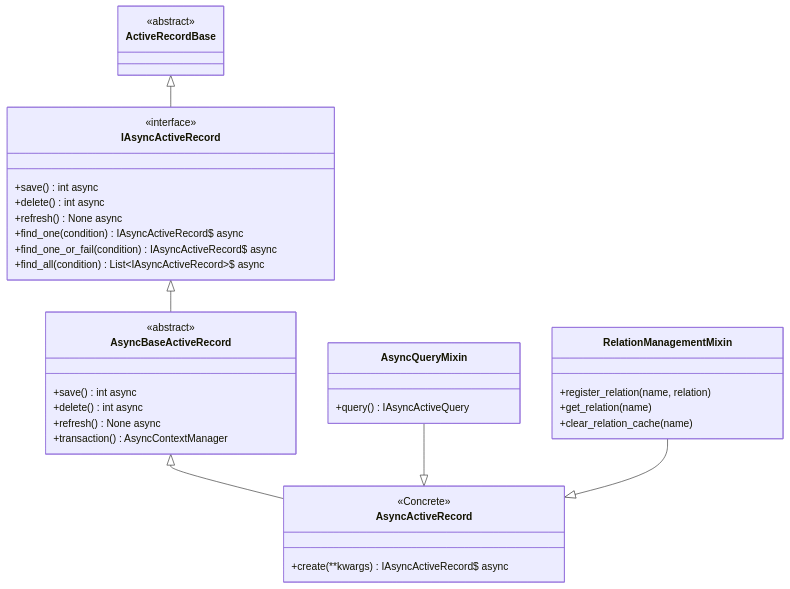
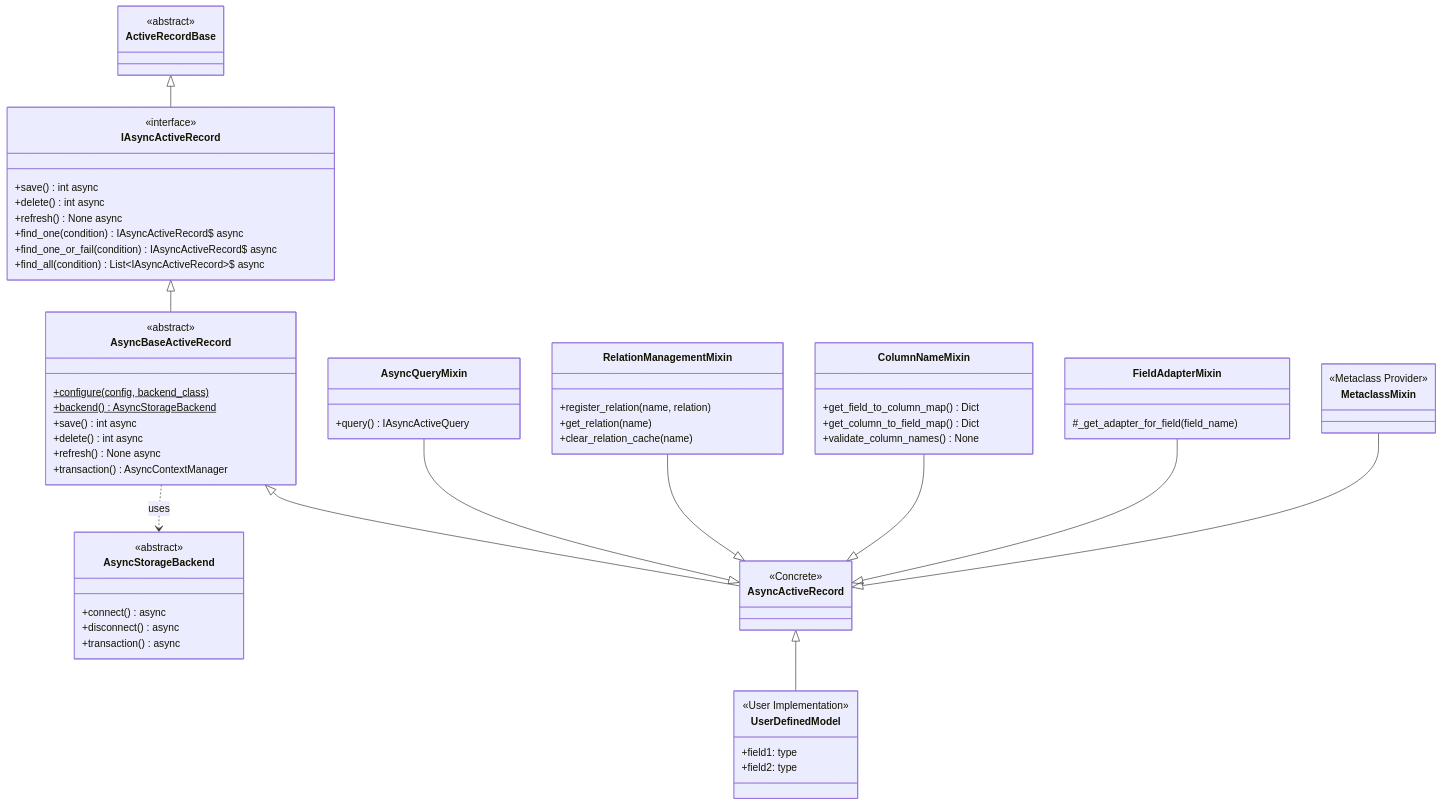
One commit to rhosocial/python-activerecord changed the third of 6 diagrams in docs/en_US/introduction/architecture.md. Above: the diagram before and after it, drawn with Mermaid. The commit also changed other lines of this file and 295 other files, not shown here.

First line of the commit message:
docs: refine architecture documentation and reorganize structure

````diff
--- a/docs/en_US/introduction/architecture.md
+++ b/docs/en_US/introduction/architecture.md
@@ -94,49 +126,81 @@
 ```mermaid
 classDiagram
     %% Base Reference
     class ActiveRecordBase {
         <<abstract>>
     }
 
     %% Interface Layer
     class IAsyncActiveRecord {
         <<interface>>
         +save() int async
         +delete() int async
         +refresh() None async
         +find_one(condition) IAsyncActiveRecord$ async
         +find_one_or_fail(condition) IAsyncActiveRecord$ async
         +find_all(condition) List~IAsyncActiveRecord~$ async
     }
     ActiveRecordBase <|-- IAsyncActiveRecord
 
     %% Base Implementation Layer
     class AsyncBaseActiveRecord {
         <<abstract>>
+        +configure(config, backend_class)$
+        +backend() AsyncStorageBackend$
         +save() int async
         +delete() int async
         +refresh() None async
         +transaction() AsyncContextManager
     }
     IAsyncActiveRecord <|-- AsyncBaseActiveRecord
+    AsyncBaseActiveRecord ..> AsyncStorageBackend : uses
 
     %% Mixins
     class AsyncQueryMixin {
         +query() IAsyncActiveQuery
     }
     class RelationManagementMixin {
         +register_relation(name, relation)
         +get_relation(name)
         +clear_relation_cache(name)
     }
+    class ColumnNameMixin {
+        +get_field_to_column_map() Dict
+        +get_column_to_field_map() Dict
+        +validate_column_names() None
+    }
+    class FieldAdapterMixin {
+        #_get_adapter_for_field(field_name)
+    }
+    class MetaclassMixin {
+        <<Metaclass Provider>>
+    }
 
     %% User-Facing Class
     class AsyncActiveRecord {
         <<Concrete>>
-        +create(**kwargs) IAsyncActiveRecord$ async
     }
 
     AsyncBaseActiveRecord <|-- AsyncActiveRecord
     AsyncQueryMixin --|> AsyncActiveRecord
     RelationManagementMixin --|> AsyncActiveRecord
+    ColumnNameMixin --|> AsyncActiveRecord
+    FieldAdapterMixin --|> AsyncActiveRecord
+    MetaclassMixin --|> AsyncActiveRecord
+
+    %% User Defined Model
+    class UserDefinedModel {
+        <<User Implementation>>
+        +field1: type
+        +field2: type
+    }
+    AsyncActiveRecord <|-- UserDefinedModel
+
+    %% Backend Dependency
+    class AsyncStorageBackend {
+        <<abstract>>
+        +connect() async
+        +disconnect() async
+        +transaction() async
+    }
 ```
````
